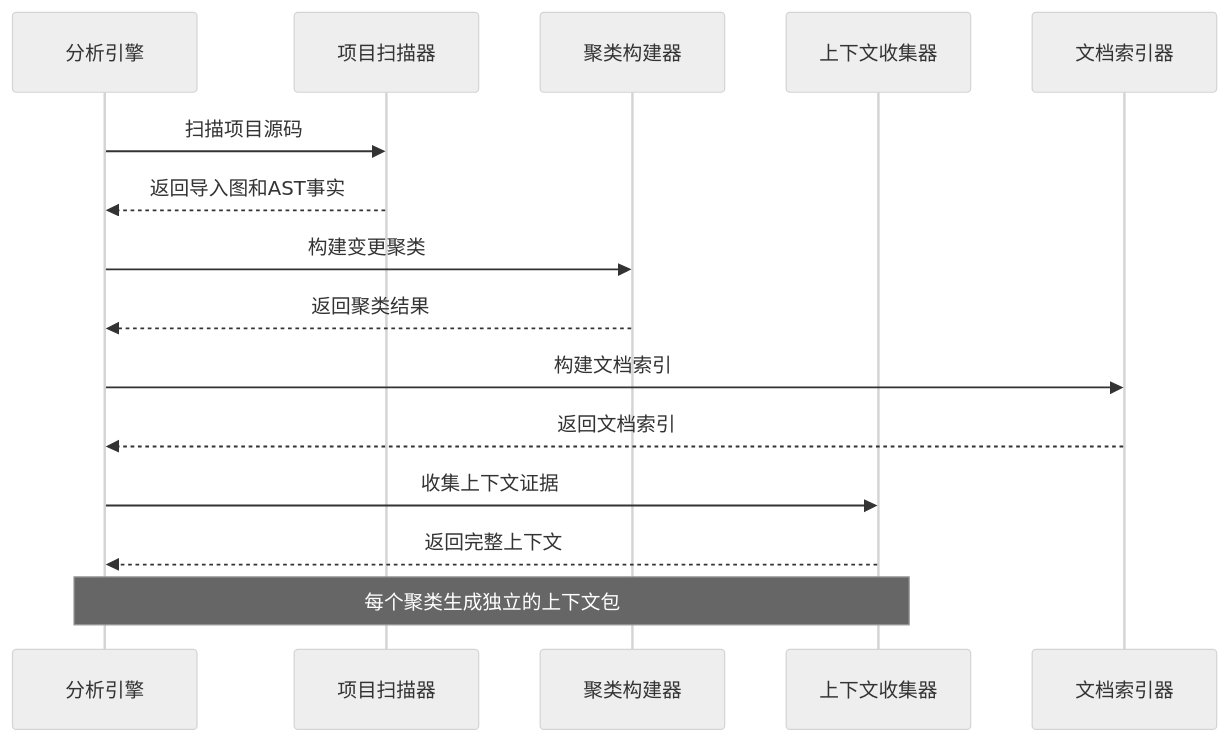
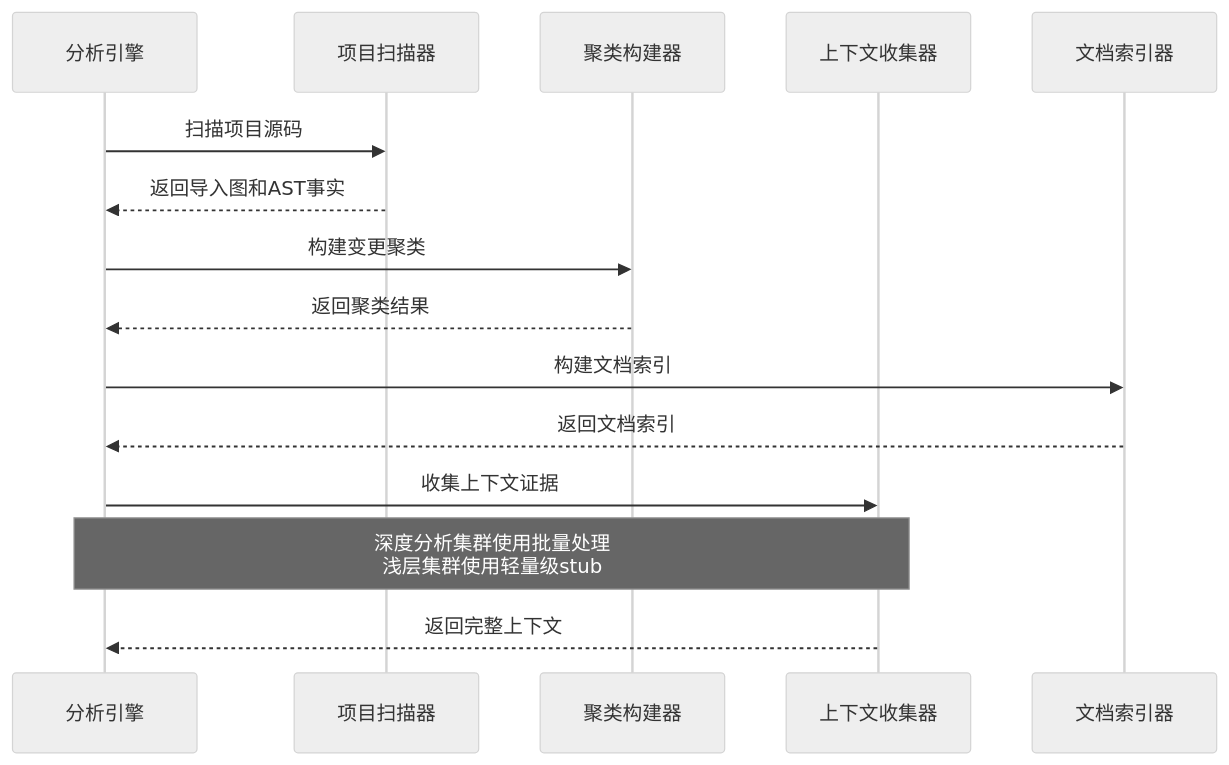
One commit to brand-new-remo/frontend-impact-analyzer changed the third of 12 diagrams in .qoder/repowiki/zh/content/Context Collection System.md. Above: the diagram before and after it, drawn with Mermaid (neutral theme). The commit also changed other lines of this file and 7 other files, not shown here.

````diff
--- a/.qoder/repowiki/zh/content/Context Collection System.md
+++ b/.qoder/repowiki/zh/content/Context Collection System.md
@@ -141,17 +160,17 @@
 ```mermaid
 sequenceDiagram
 participant Engine as 分析引擎
 participant Scanner as 项目扫描器
 participant Builder as 聚类构建器
 participant Collector as 上下文收集器
 participant Indexer as 文档索引器
 Engine->>Scanner : 扫描项目源码
 Scanner-->>Engine : 返回导入图和AST事实
 Engine->>Builder : 构建变更聚类
 Builder-->>Engine : 返回聚类结果
 Engine->>Indexer : 构建文档索引
 Indexer-->>Engine : 返回文档索引
 Engine->>Collector : 收集上下文证据
+Note over Engine,Collector : 深度分析集群使用批量处理<br/>浅层集群使用轻量级stub
 Collector-->>Engine : 返回完整上下文
-Note over Engine,Collector : 每个聚类生成独立的上下文包
 ```
````
